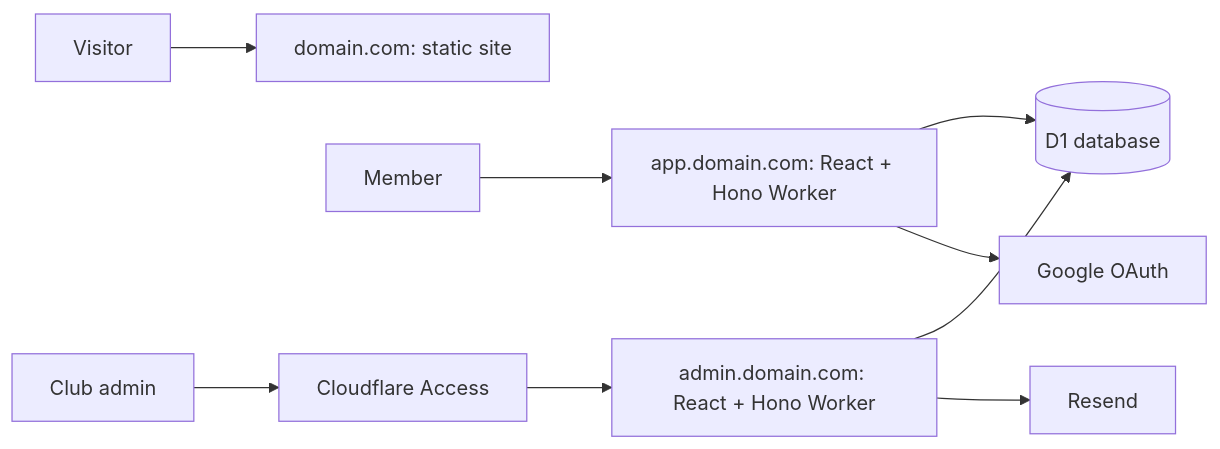
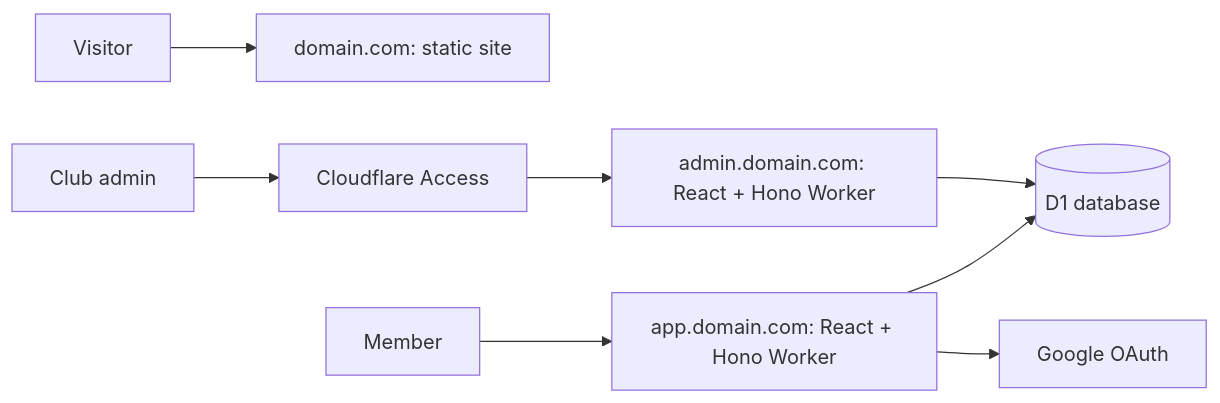
Before and after one commit to jmarquiss/hampset: the first of 2 diagrams in PLAN.md, drawn with Mermaid. The commit also changed other lines of this file and 100 other files, not shown here.

````diff
--- a/PLAN.md
+++ b/PLAN.md
@@ -51,11 +51,10 @@
 ```mermaid
 flowchart LR
   visitor[Visitor] --> site["domain.com: static site"]
   member[Member] --> app["app.domain.com: React + Hono Worker"]
   clubAdmin[Club admin] --> access["Cloudflare Access"]
   access --> admin["admin.domain.com: React + Hono Worker"]
   app --> d1[("D1 database")]
   admin --> d1
-  admin --> resend[Resend]
   app --> google[Google OAuth]
 ```
````
